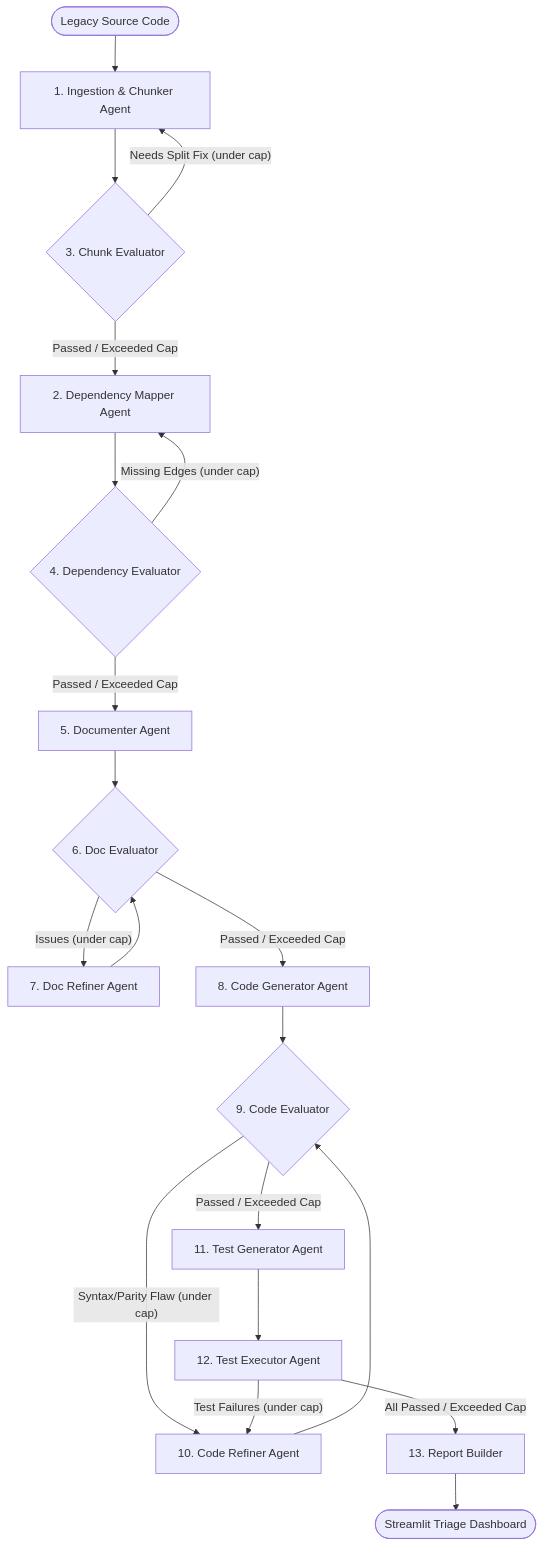
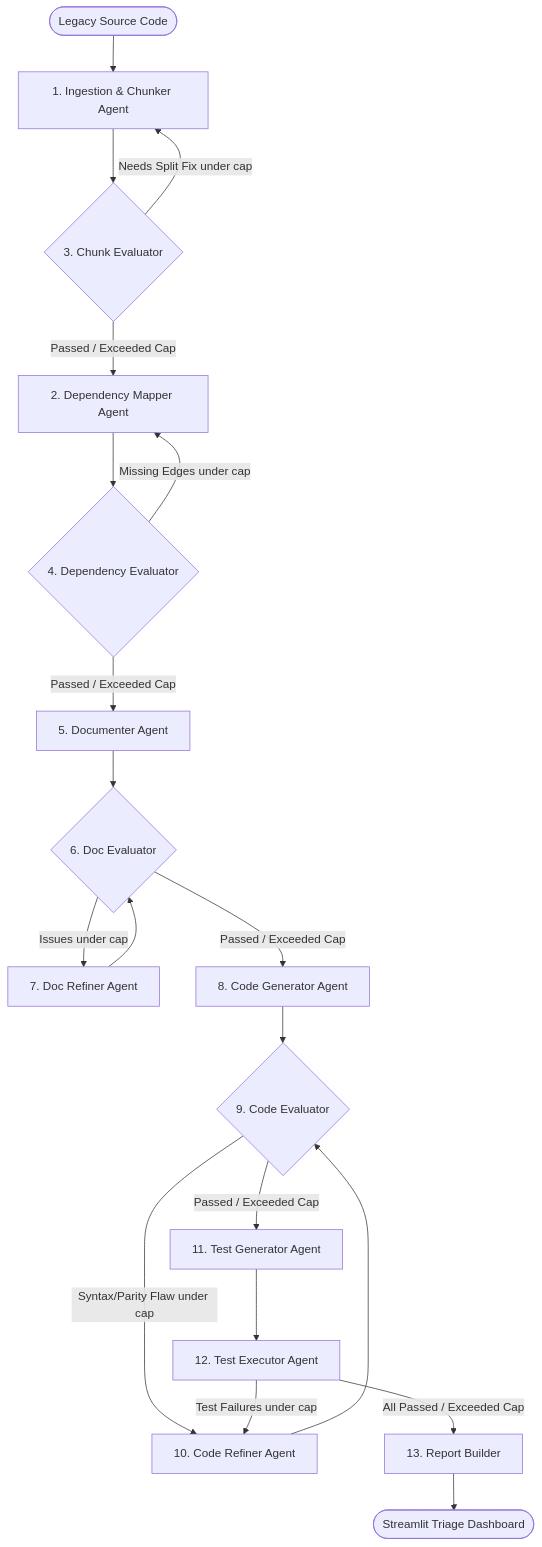
One commit to Rengoku186/GenAI_UC2 changed the diagram in README.md. Above: the diagram before and after it, drawn with Mermaid. The commit also changed other lines of this file and 102 other files, not shown here.

````diff
--- a/README.md
+++ b/README.md
@@ -21,22 +23,22 @@
 ```mermaid
 flowchart TD
     Start([Legacy Source Code]) --> Chunker[1. Ingestion & Chunker Agent]
     Chunker --> ChunkEval{3. Chunk Evaluator}
-    ChunkEval -- Needs Split Fix (under cap) --> Chunker
+    ChunkEval -- Needs Split Fix under cap --> Chunker
     ChunkEval -- Passed / Exceeded Cap --> DepMapper[2. Dependency Mapper Agent]
     DepMapper --> DepEval{4. Dependency Evaluator}
-    DepEval -- Missing Edges (under cap) --> DepMapper
+    DepEval -- Missing Edges under cap --> DepMapper
     DepEval -- Passed / Exceeded Cap --> Documenter[5. Documenter Agent]
     Documenter --> DocEval{6. Doc Evaluator}
-    DocEval -- Issues (under cap) --> DocRefiner[7. Doc Refiner Agent]
+    DocEval -- Issues under cap --> DocRefiner[7. Doc Refiner Agent]
     DocRefiner --> DocEval
     DocEval -- Passed / Exceeded Cap --> CodeGen[8. Code Generator Agent]
     CodeGen --> CodeEval{9. Code Evaluator}
-    CodeEval -- Syntax/Parity Flaw (under cap) --> CodeRefiner[10. Code Refiner Agent]
+    CodeEval -- Syntax/Parity Flaw under cap --> CodeRefiner[10. Code Refiner Agent]
     CodeRefiner --> CodeEval
     CodeEval -- Passed / Exceeded Cap --> TestGen[11. Test Generator Agent]
     TestGen --> TestExec[12. Test Executor Agent]
-    TestExec -- Test Failures (under cap) --> CodeRefiner
+    TestExec -- Test Failures under cap --> CodeRefiner
     TestExec -- All Passed / Exceeded Cap --> ReportBuilder[13. Report Builder]
     ReportBuilder --> Dashboard([Streamlit Triage Dashboard])
 ```
````
